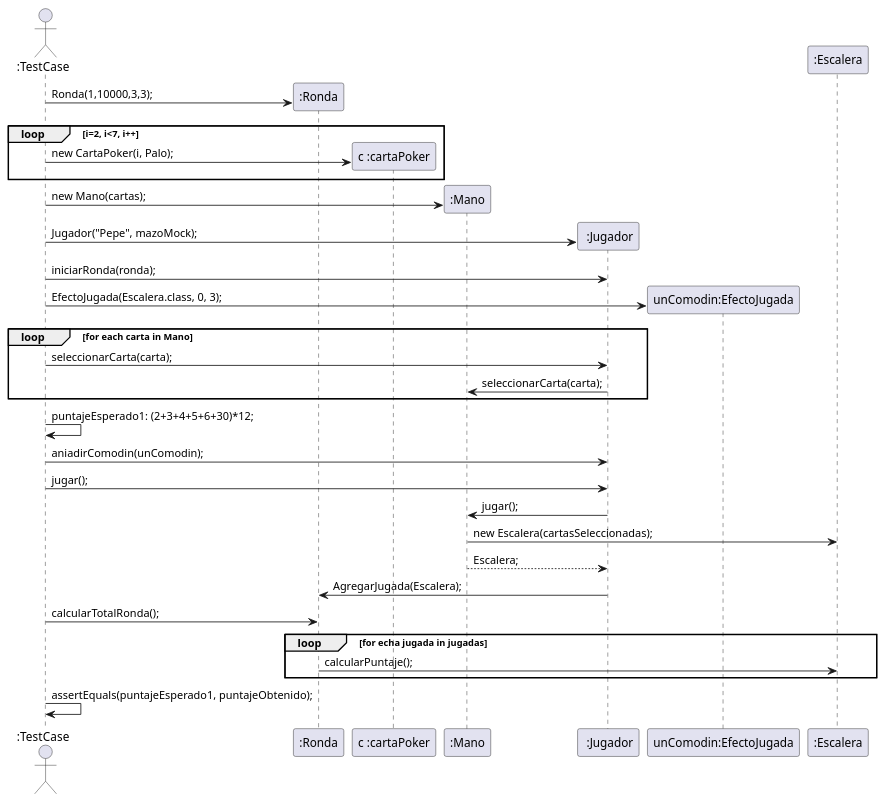
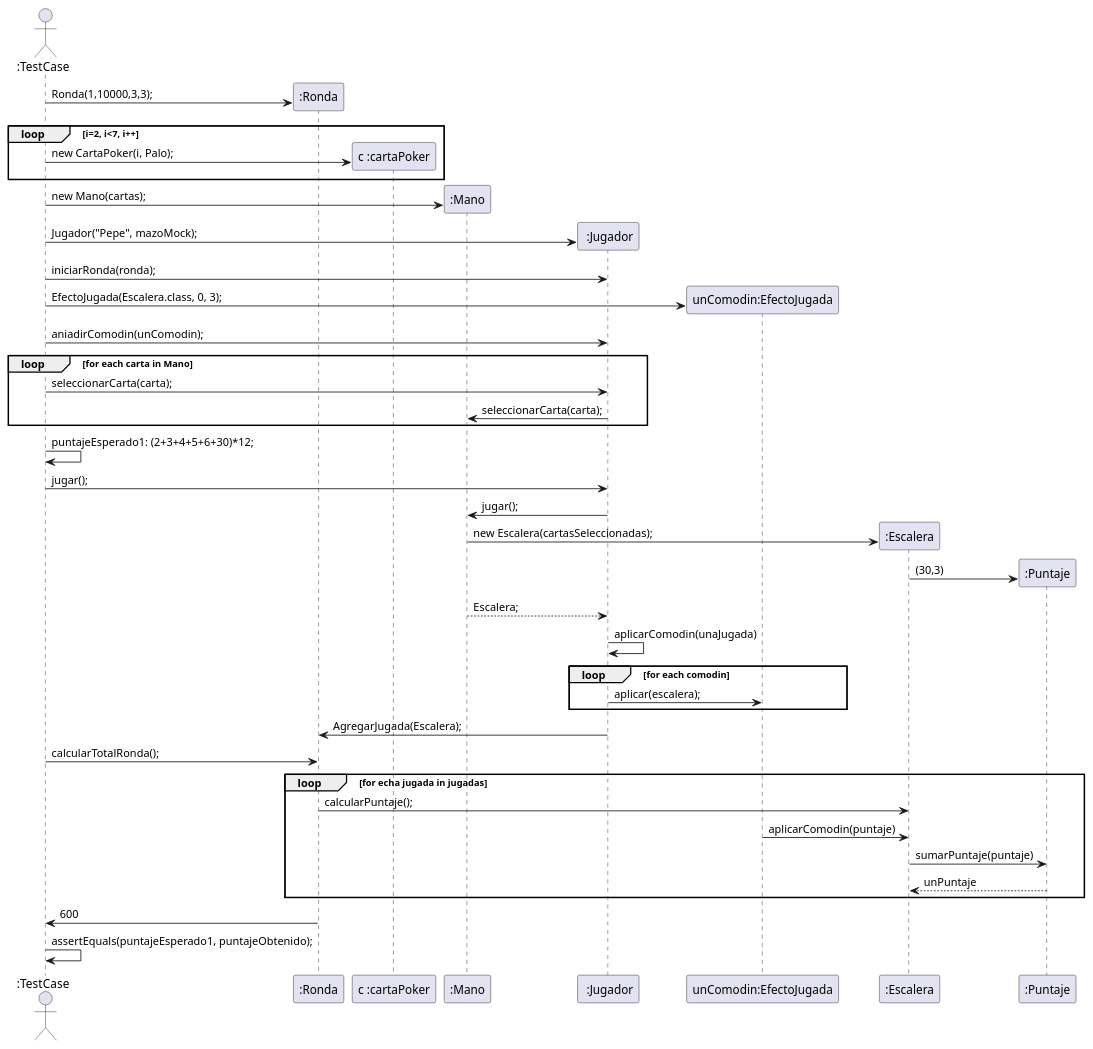
One commit to carruizdiaz1109/UBAlatro changed the diagram in diagrams/sequences/Entrega2/test01Integracion.puml. Above: the diagram before and after it, drawn with PlantUML. The commit also changed 8 other files, not shown here.

Commit message:
Modificacion diagramas de secuencia

```diff
--- a/diagrams/sequences/Entrega2/test01Integracion.puml
+++ b/diagrams/sequences/Entrega2/test01Integracion.puml
@@ -1,42 +1,50 @@
 @startuml
 'https://plantuml.com/sequence-diagram
 
 actor ":TestCase" as user
 participant ":Ronda" as ronda
 participant "c :cartaPoker" as carta
 participant ":Mano" as mano
 participant " :Jugador" as jugador
 participant "unComodin:EfectoJugada" as comodin
 
 user -> ronda**: Ronda(1,10000,3,3);
 loop i=2, i<7, i++
     user ->  carta**:new CartaPoker(i, Palo);
 end
 user -> mano**: new Mano(cartas);
 user -> jugador**: Jugador("Pepe", mazoMock);
 user -> jugador: iniciarRonda(ronda);
 
 user -> comodin **: EfectoJugada(Escalera.class, 0, 3);
+user -> jugador :aniadirComodin(unComodin);
 loop for each carta in Mano
     user -> jugador: seleccionarCarta(carta);
     jugador -> mano: seleccionarCarta(carta);
 end
 
 user -> user: puntajeEsperado1: (2+3+4+5+6+30)*12;
-user -> jugador :aniadirComodin(unComodin);
 user -> jugador:jugar();
 jugador -> mano: jugar();
-mano -> ":Escalera" as escalera: new Escalera(cartasSeleccionadas);
+mano -> ":Escalera" as escalera**: new Escalera(cartasSeleccionadas);
+escalera -> ":Puntaje" as puntaje**: (30,3)
 mano --> jugador: Escalera;
+jugador -> jugador: aplicarComodin(unaJugada)
+loop for each comodin
+   jugador -> comodin: aplicar(escalera);
+end
 jugador -> ronda: AgregarJugada(Escalera);
 user -> ronda: calcularTotalRonda();
 loop for echa jugada in jugadas
     ronda -> escalera: calcularPuntaje();
+    comodin -> escalera: aplicarComodin(puntaje)
+    escalera -> puntaje: sumarPuntaje(puntaje)
+    puntaje --> escalera: unPuntaje
 end
-
+ronda -> user: 600
 user -> user: assertEquals(puntajeEsperado1, puntajeObtenido);
 
 
 
 
 @enduml
```
